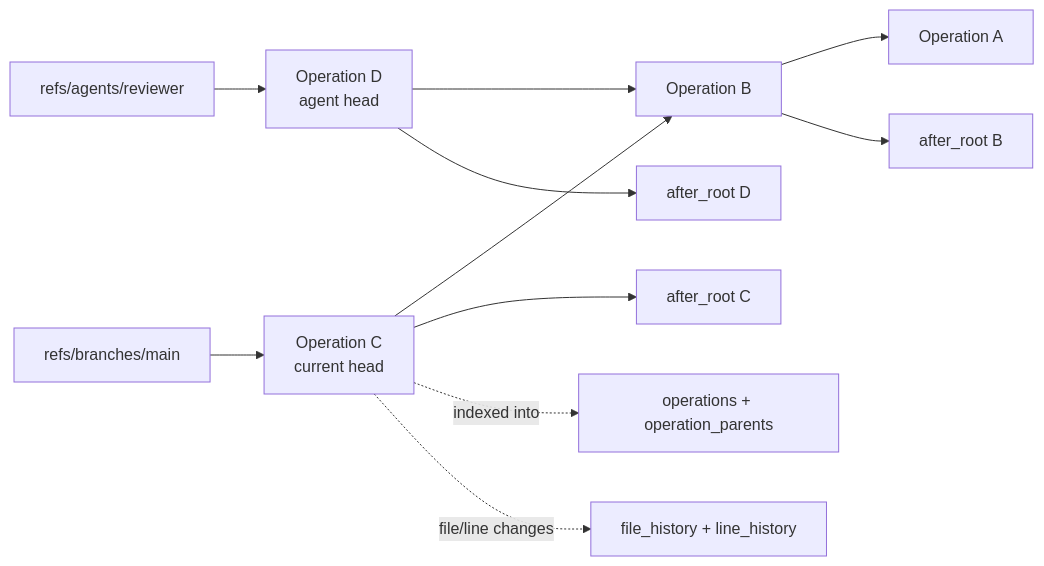
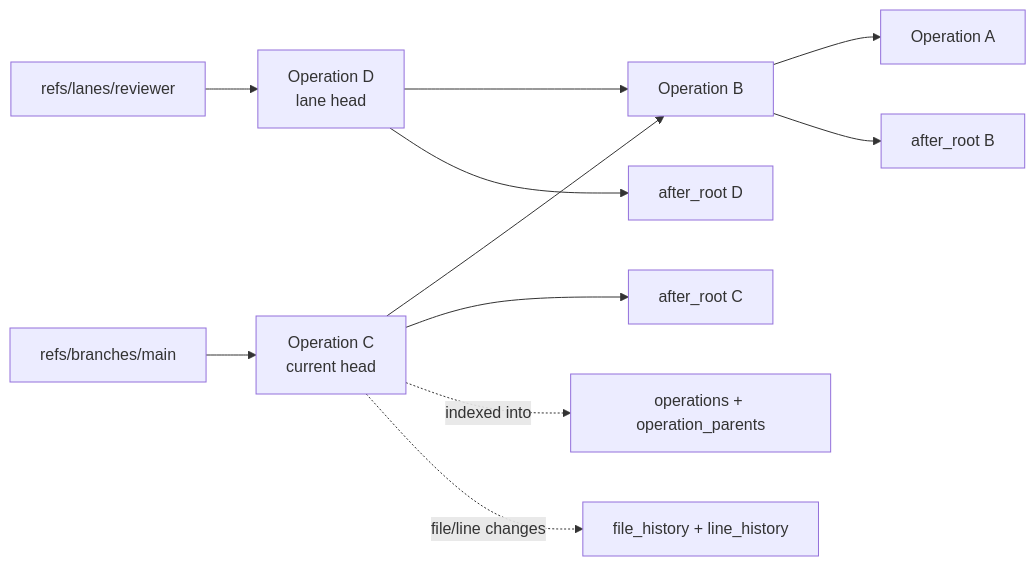
The first of 3 diagrams in docs/design/data-model.md (crabbuild/trail), drawn with Mermaid before and after one commit. The commit also changed other lines of this file and 298 other files, not shown here.

Commit message:
refactor: rename agent workflows to lanes

````diff
--- a/docs/design/data-model.md
+++ b/docs/design/data-model.md
@@ -54,16 +54,16 @@
 ```mermaid
 flowchart LR
     BranchRef["refs/branches/main"] --> Head["Operation C<br/>current head"]
-    AgentRef["refs/agents/reviewer"] --> AgentHead["Operation D<br/>agent head"]
+    LaneRef["refs/lanes/reviewer"] --> LaneHead["Operation D<br/>lane head"]
 
     Head --> ParentB["Operation B"]
-    AgentHead --> ParentB
+    LaneHead --> ParentB
     ParentB --> ParentA["Operation A"]
 
     Head --> RootC["after_root C"]
-    AgentHead --> RootD["after_root D"]
+    LaneHead --> RootD["after_root D"]
     ParentB --> RootB["after_root B"]
 
     Head -. "indexed into" .-> Indexes["operations + operation_parents"]
     Head -. "file/line changes" .-> History["file_history + line_history"]
 ```
````
